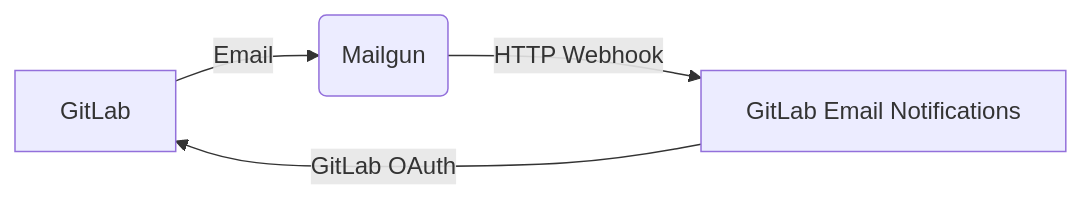
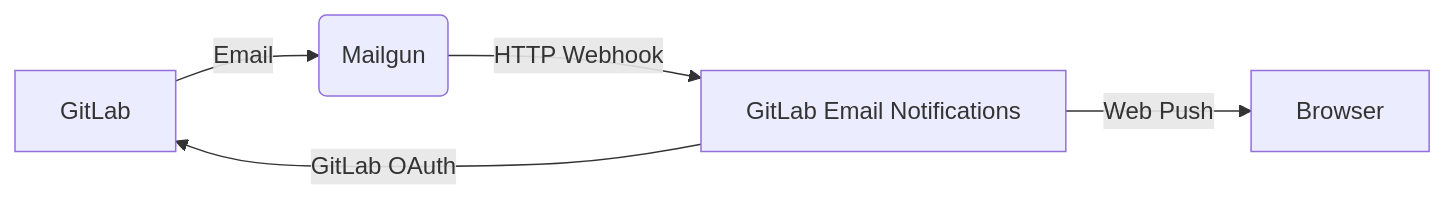
One commit to Bhacaz/gitlab-email-notifications changed the diagram in README.md. Above: the diagram before and after it, drawn with Mermaid. The commit also changed other lines of this file and 9 other files, not shown here.

````diff
--- a/README.md
+++ b/README.md
@@ -11,6 +12,7 @@
 ```mermaid
 graph LR
     A[GitLab] -->|Email| B(Mailgun)
     B -->|HTTP Webhook| C[GitLab Email Notifications]
     C -->|GitLab OAuth| A
+    C -->|Web Push| D[Browser]
 ```
````
